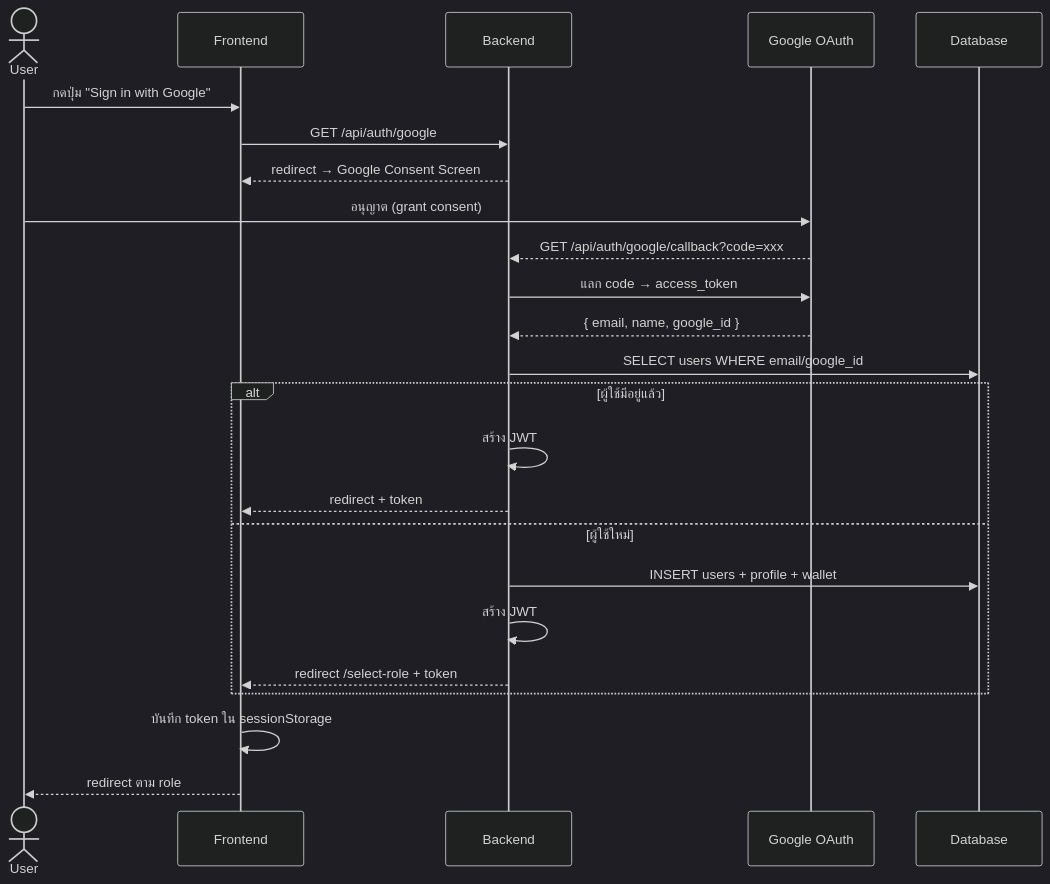
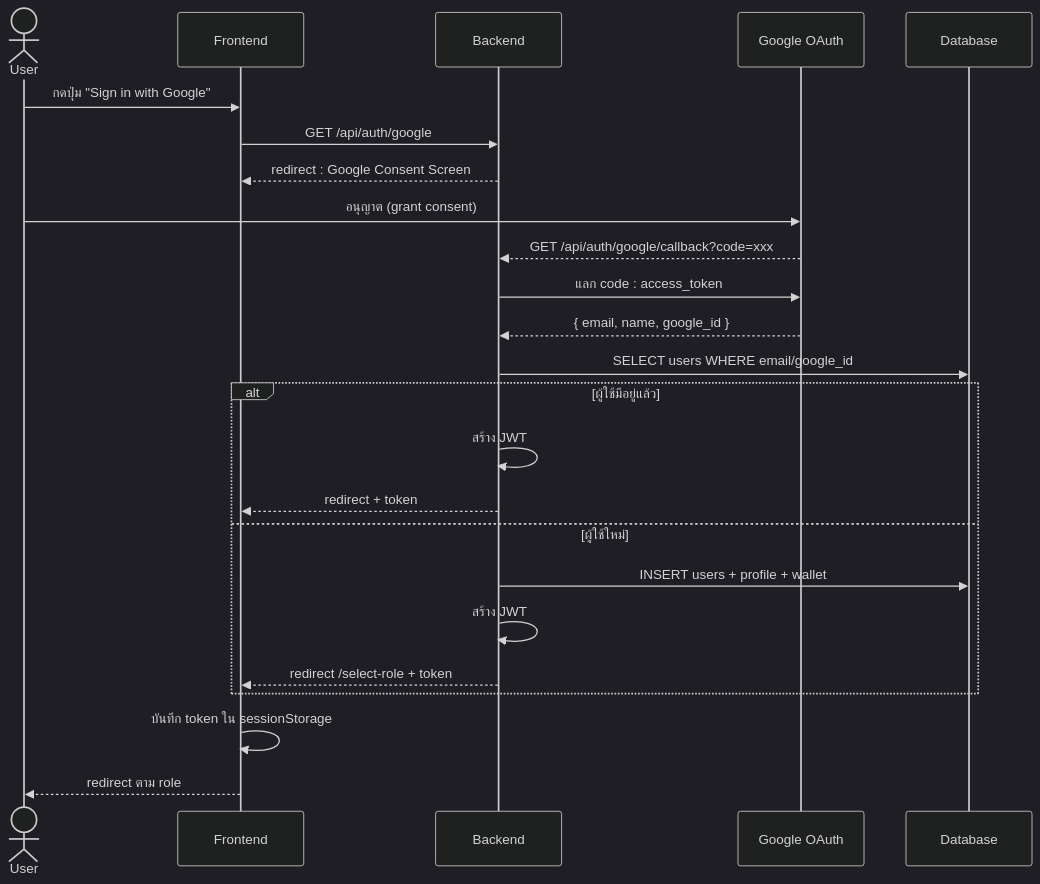
One commit to SakdaRt/Careconnect changed the fourth of 16 diagrams in THESIS_CONTENT_CH3_PART3.md. Above: the diagram before and after it, drawn with Mermaid (dark theme). The commit also changed other lines of this file and 1 other file, not shown here.

````diff
--- a/THESIS_CONTENT_CH3_PART3.md
+++ b/THESIS_CONTENT_CH3_PART3.md
@@ -736,26 +736,26 @@
 ```mermaid
 sequenceDiagram
     actor User
     participant FE as Frontend
     participant BE as Backend
     participant Google as Google OAuth
     participant DB as Database
     User->>FE: กดปุ่ม "Sign in with Google"
     FE->>BE: GET /api/auth/google
-    BE-->>FE: redirect → Google Consent Screen
+    BE-->>FE: redirect : Google Consent Screen
     User->>Google: อนุญาต (grant consent)
     Google-->>BE: GET /api/auth/google/callback?code=xxx
-    BE->>Google: แลก code → access_token
+    BE->>Google: แลก code : access_token
     Google-->>BE: { email, name, google_id }
     BE->>DB: SELECT users WHERE email/google_id
     alt ผู้ใช้มีอยู่แล้ว
         BE->>BE: สร้าง JWT
         BE-->>FE: redirect + token
     else ผู้ใช้ใหม่
         BE->>DB: INSERT users + profile + wallet
         BE->>BE: สร้าง JWT
         BE-->>FE: redirect /select-role + token
     end
     FE->>FE: บันทึก token ใน sessionStorage
     FE-->>User: redirect ตาม role
 ```
````
